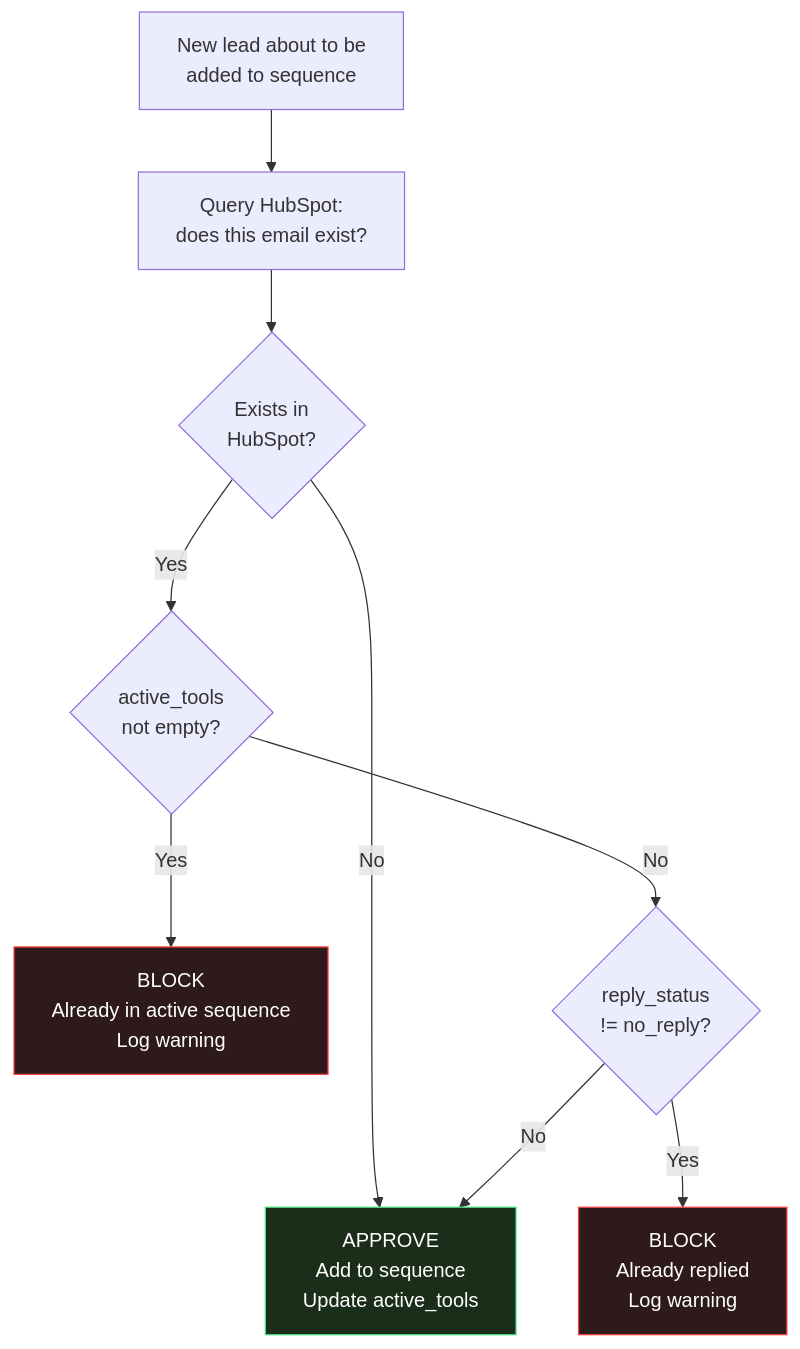
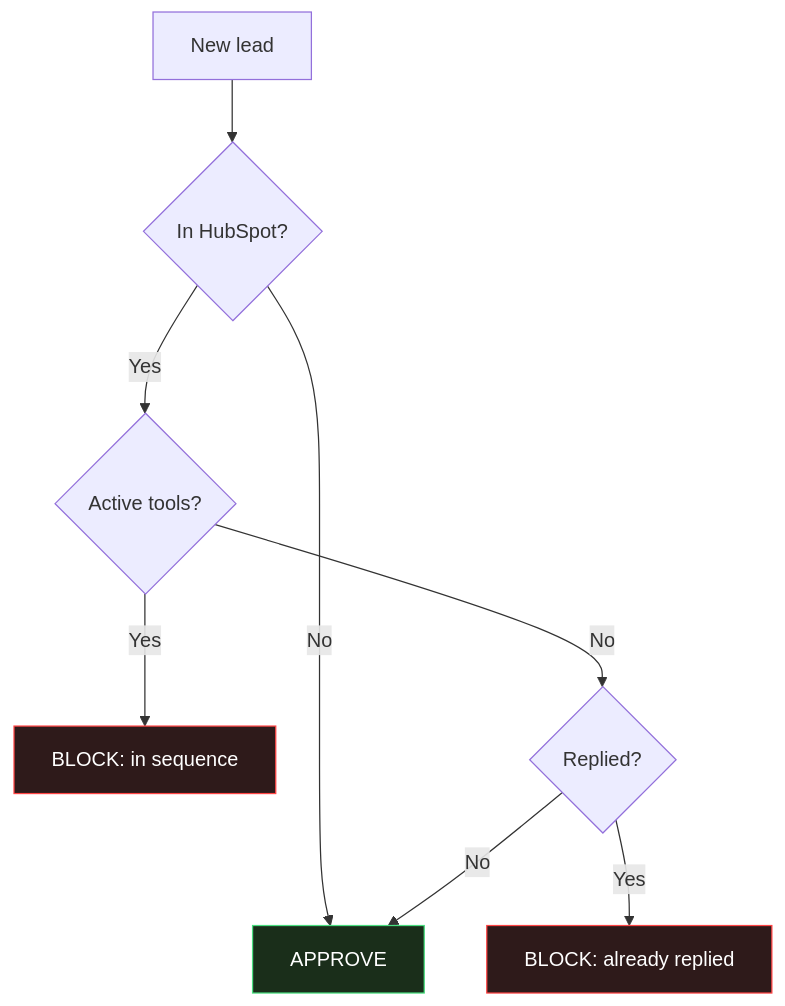
Before and after one commit to Artemponomarev/ai-agent-guides: the ninth of 9 diagrams in Kernelics email outreaching automation/architecture.md, drawn with Mermaid. The commit also changed other lines of this file, not shown here.

First line of the commit message:
Fix Mermaid diagrams for Obsidian rendering

````diff
--- a/Kernelics email outreaching automation/architecture.md
+++ b/Kernelics email outreaching automation/architecture.md
@@ -196,18 +210,14 @@
 ```mermaid
 flowchart TD
-    NEW["New lead about to be\nadded to sequence"] --> QUERY["Query HubSpot:\ndoes this email exist?"]
-    QUERY --> EXISTS{"Exists in\nHubSpot?"}
+    NEW[New lead] --> Q{In HubSpot?}
+    Q -->|No| OK[APPROVE]
+    Q -->|Yes| ACT{Active tools?}
+    ACT -->|Yes| BL1[BLOCK: in sequence]
+    ACT -->|No| REP{Replied?}
+    REP -->|Yes| BL2[BLOCK: already replied]
+    REP -->|No| OK
 
-    EXISTS -->|"No"| APPROVE["APPROVE\nAdd to sequence\nUpdate active_tools"]
-    EXISTS -->|"Yes"| CHECK_ACTIVE{"active_tools\nnot empty?"}
-
-    CHECK_ACTIVE -->|"Yes"| BLOCK["BLOCK\nAlready in active sequence\nLog warning"]
-    CHECK_ACTIVE -->|"No"| CHECK_REPLY{"reply_status\n!= no_reply?"}
-
-    CHECK_REPLY -->|"Yes"| BLOCK2["BLOCK\nAlready replied\nLog warning"]
-    CHECK_REPLY -->|"No"| APPROVE
-
-    style BLOCK fill:#2e1a1a,stroke:#ff4545,color:#fff
-    style BLOCK2 fill:#2e1a1a,stroke:#ff4545,color:#fff
-    style APPROVE fill:#1a2e1a,stroke:#4ade80,color:#fff
+    style BL1 fill:#2e1a1a,stroke:#ff4545,color:#fff
+    style BL2 fill:#2e1a1a,stroke:#ff4545,color:#fff
+    style OK fill:#1a2e1a,stroke:#4ade80,color:#fff
 ```
````
